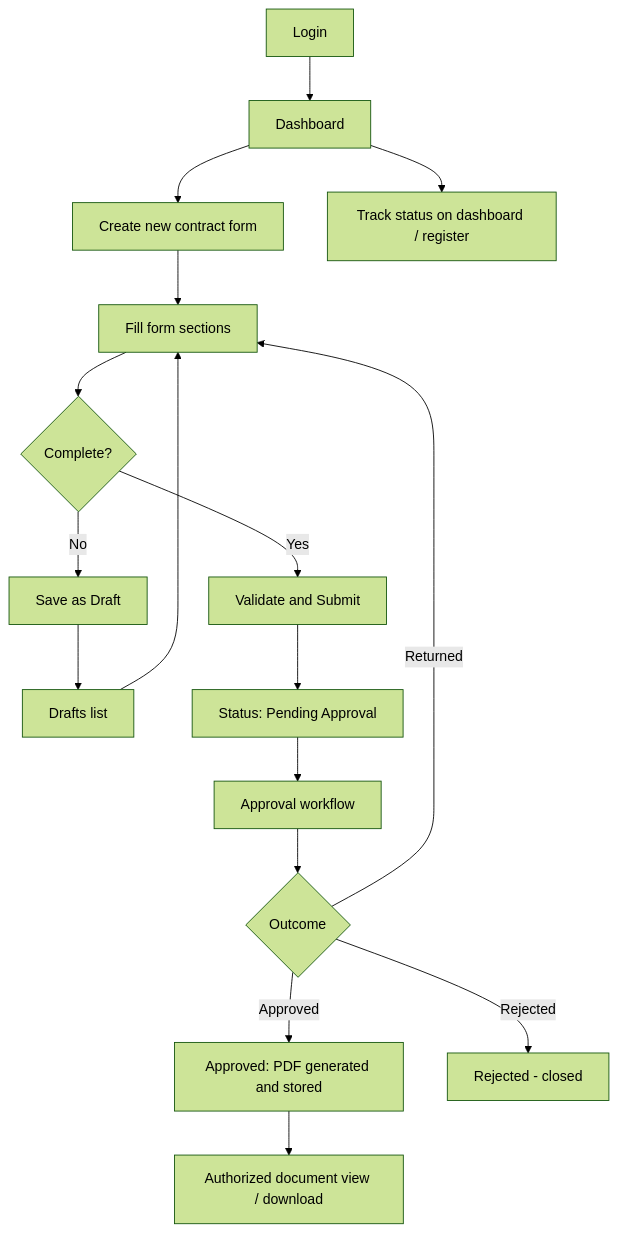
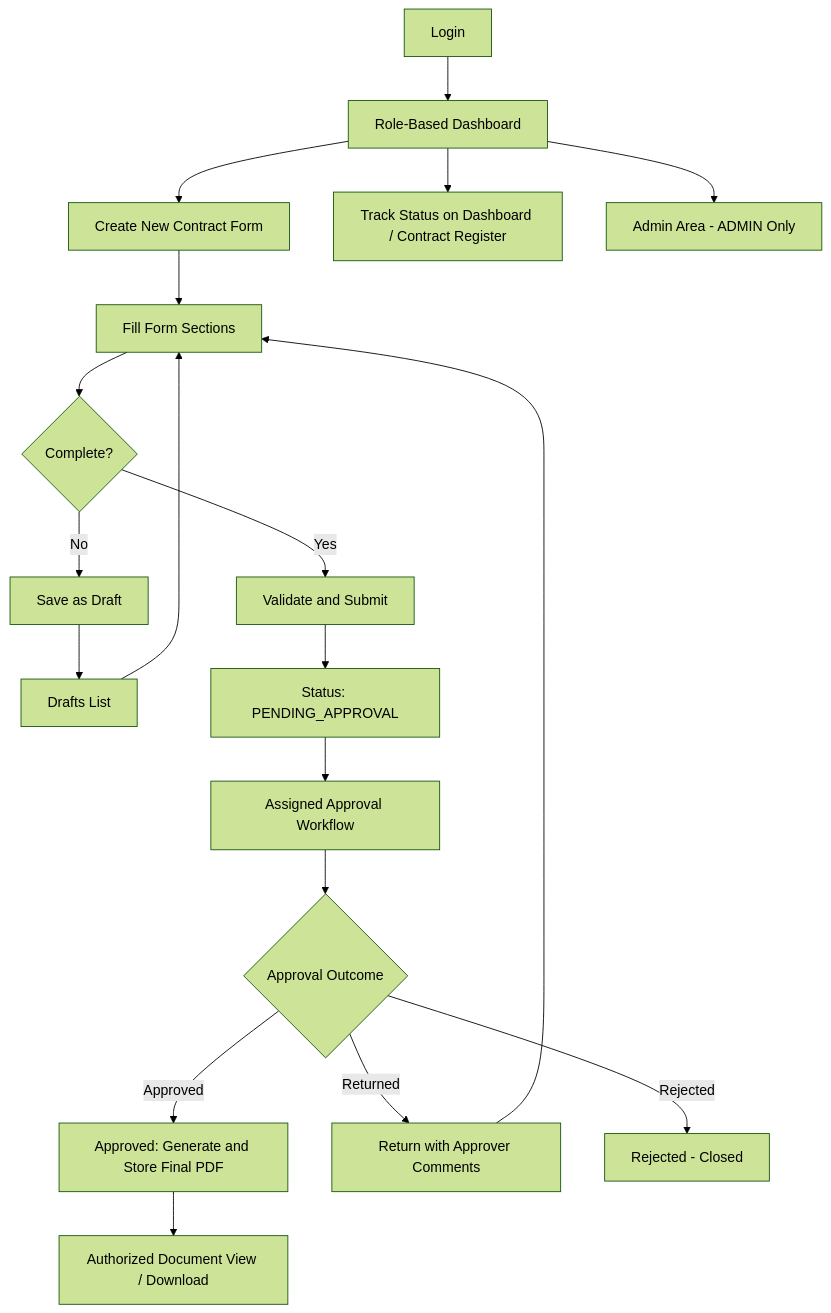
Before and after one commit to Rideema14/Contract-Form-Automation: the diagram in docs/07-user-workflow.md, drawn with Mermaid (forest theme). The commit also changed other lines of this file and 17 other files, not shown here.

````diff
--- a/docs/07-user-workflow.md
+++ b/docs/07-user-workflow.md
@@ -4,19 +5,21 @@
 ```mermaid
 flowchart TD
-    A[Login] --> B[Dashboard]
-    B --> C[Create new contract form]
-    C --> D[Fill form sections]
+    A[Login] --> B[Role-Based Dashboard]
+    B --> C[Create New Contract Form]
+    C --> D[Fill Form Sections]
     D --> E{Complete?}
     E -- No --> F[Save as Draft]
-    F --> G[Drafts list]
+    F --> G[Drafts List]
     G --> D
     E -- Yes --> H[Validate and Submit]
-    H --> I[Status: Pending Approval]
-    I --> J[Approval workflow]
-    J --> K{Outcome}
-    K -- Approved --> L[Approved: PDF generated and stored]
-    K -- Returned --> D
-    K -- Rejected --> M[Rejected - closed]
-    L --> N[Authorized document view / download]
-    B --> O[Track status on dashboard / register]
+    H --> I[Status: PENDING_APPROVAL]
+    I --> J[Assigned Approval Workflow]
+    J --> K{Approval Outcome}
+    K -- Approved --> L[Approved: Generate and Store Final PDF]
+    K -- Returned --> M[Return with Approver Comments]
+    M --> D
+    K -- Rejected --> N[Rejected - Closed]
+    L --> O[Authorized Document View / Download]
+    B --> P[Track Status on Dashboard / Contract Register]
+    B --> Q[Admin Area - ADMIN Only]
 ```
````
